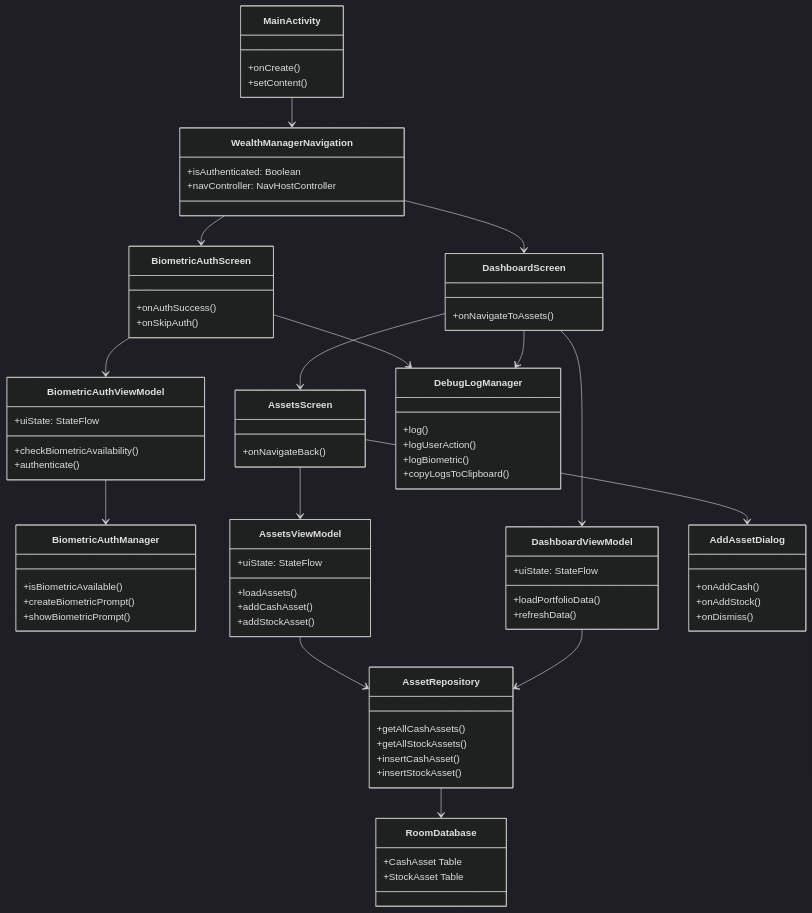
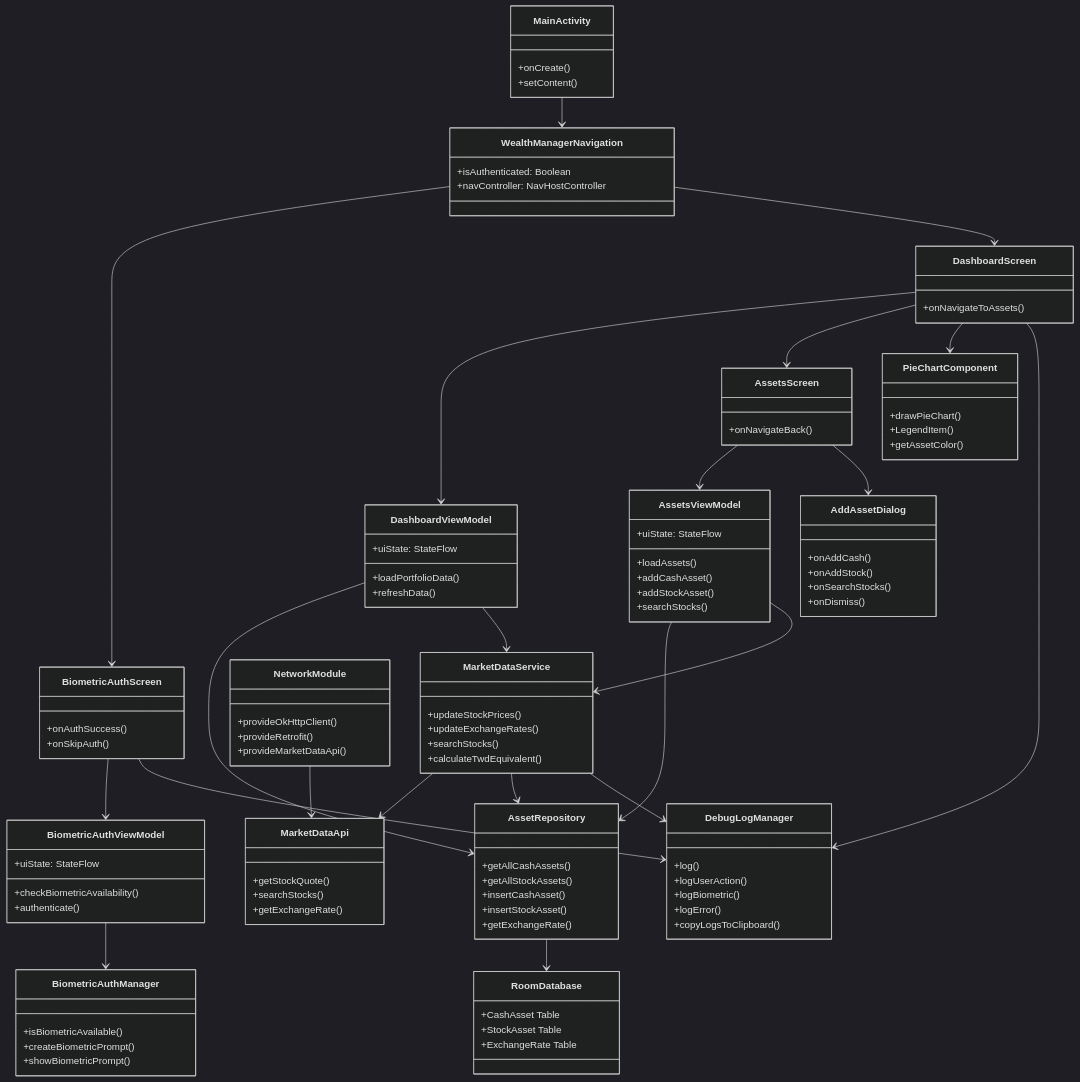
One commit to kuoyaoming/Wealth-Manager changed the second of 3 diagrams in README.md. Above: the diagram before and after it, drawn with Mermaid (dark theme). The commit also changed other lines of this file, not shown here.

Commit message:
feat: Implement market data integration and charts

````diff
--- a/README.md
+++ b/README.md
@@ -257,13 +281,21 @@
         +loadAssets()
         +addCashAsset()
         +addStockAsset()
+        +searchStocks()
         +uiState: StateFlow
     }
     
     class AddAssetDialog {
         +onAddCash()
         +onAddStock()
+        +onSearchStocks()
         +onDismiss()
+    }
+    
+    class PieChartComponent {
+        +drawPieChart()
+        +LegendItem()
+        +getAssetColor()
     }
     
     class AssetRepository {
@@ -271,18 +303,40 @@
         +getAllStockAssets()
         +insertCashAsset()
         +insertStockAsset()
+        +getExchangeRate()
+    }
+    
+    class MarketDataService {
+        +updateStockPrices()
+        +updateExchangeRates()
+        +searchStocks()
+        +calculateTwdEquivalent()
+    }
+    
+    class MarketDataApi {
+        +getStockQuote()
+        +searchStocks()
+        +getExchangeRate()
+    }
+    
+    class NetworkModule {
+        +provideOkHttpClient()
+        +provideRetrofit()
+        +provideMarketDataApi()
     }
     
     class DebugLogManager {
         +log()
         +logUserAction()
         +logBiometric()
+        +logError()
         +copyLogsToClipboard()
     }
     
     class RoomDatabase {
         +CashAsset Table
         +StockAsset Table
+        +ExchangeRate Table
     }
     
     MainActivity --> WealthManagerNavigation
@@ -292,11 +346,18 @@
     BiometricAuthViewModel --> BiometricAuthManager
     DashboardScreen --> DashboardViewModel
     DashboardScreen --> AssetsScreen
+    DashboardScreen --> PieChartComponent
     AssetsScreen --> AssetsViewModel
     AssetsScreen --> AddAssetDialog
     AssetsViewModel --> AssetRepository
+    AssetsViewModel --> MarketDataService
     DashboardViewModel --> AssetRepository
+    DashboardViewModel --> MarketDataService
     AssetRepository --> RoomDatabase
+    MarketDataService --> MarketDataApi
+    MarketDataService --> AssetRepository
+    NetworkModule --> MarketDataApi
     BiometricAuthScreen --> DebugLogManager
     DashboardScreen --> DebugLogManager
+    MarketDataService --> DebugLogManager
 ```
````
